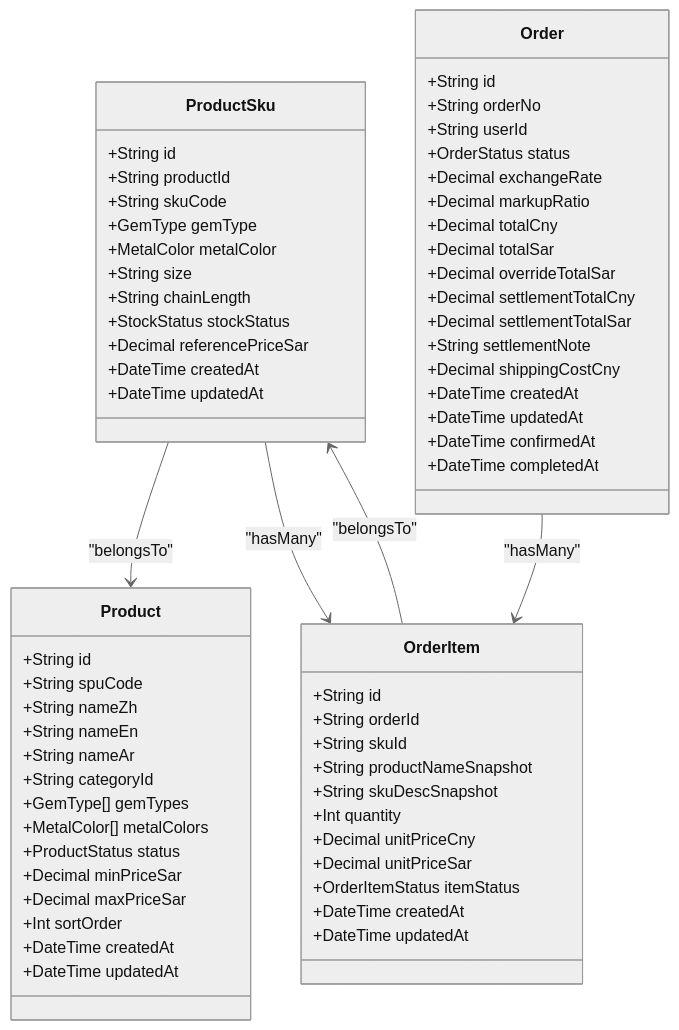
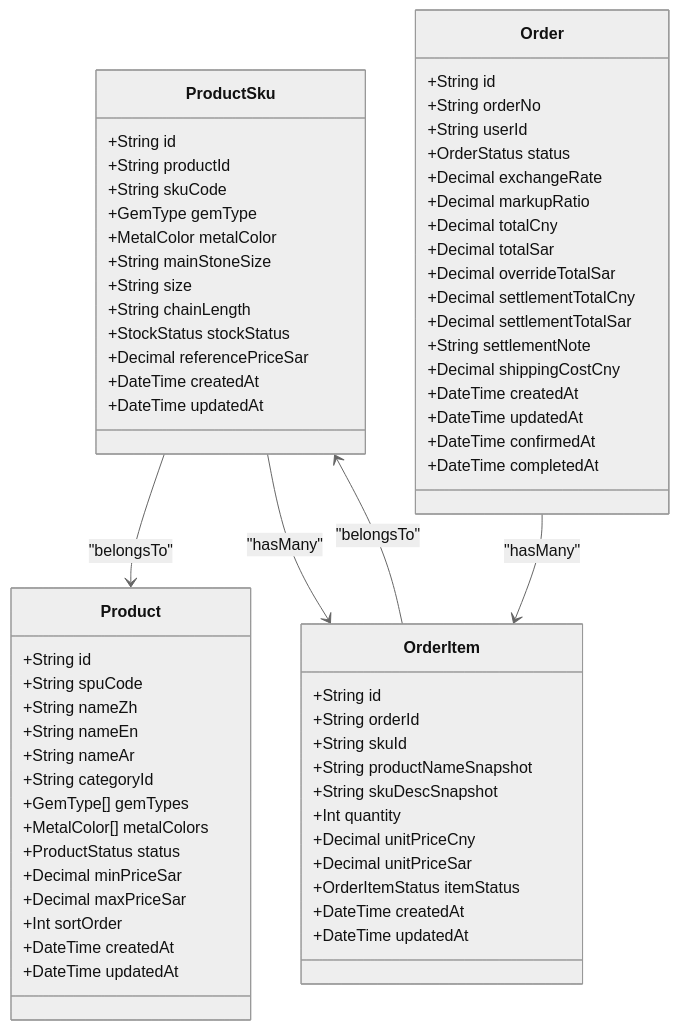
Before and after one commit to three3638-arch/celestia_2b: the second of 8 diagrams in .qoder/repowiki/zh/content/数据库设计/数据模型定义/商品SKU模型.md, drawn with Mermaid (neutral theme). The commit also changed other lines of this file and 14 other files, not shown here.

````diff
--- a/.qoder/repowiki/zh/content/数据库设计/数据模型定义/商品SKU模型.md
+++ b/.qoder/repowiki/zh/content/数据库设计/数据模型定义/商品SKU模型.md
@@ -99,68 +130,69 @@
 ```mermaid
 classDiagram
 class ProductSku {
 +String id
 +String productId
 +String skuCode
 +GemType gemType
 +MetalColor metalColor
++String mainStoneSize
 +String size
 +String chainLength
 +StockStatus stockStatus
 +Decimal referencePriceSar
 +DateTime createdAt
 +DateTime updatedAt
 }
 class Product {
 +String id
 +String spuCode
 +String nameZh
 +String nameEn
 +String nameAr
 +String categoryId
 +GemType[] gemTypes
 +MetalColor[] metalColors
 +ProductStatus status
 +Decimal minPriceSar
 +Decimal maxPriceSar
 +Int sortOrder
 +DateTime createdAt
 +DateTime updatedAt
 }
 class OrderItem {
 +String id
 +String orderId
 +String skuId
 +String productNameSnapshot
 +String skuDescSnapshot
 +Int quantity
 +Decimal unitPriceCny
 +Decimal unitPriceSar
 +OrderItemStatus itemStatus
 +DateTime createdAt
 +DateTime updatedAt
 }
 class Order {
 +String id
 +String orderNo
 +String userId
 +OrderStatus status
 +Decimal exchangeRate
 +Decimal markupRatio
 +Decimal totalCny
 +Decimal totalSar
 +Decimal overrideTotalSar
 +Decimal settlementTotalCny
 +Decimal settlementTotalSar
 +String settlementNote
 +Decimal shippingCostCny
 +DateTime createdAt
 +DateTime updatedAt
 +DateTime confirmedAt
 +DateTime completedAt
 }
 ProductSku --> Product : "belongsTo"
 ProductSku --> OrderItem : "hasMany"
 OrderItem --> ProductSku : "belongsTo"
 Order --> OrderItem : "hasMany"
 ```
````
